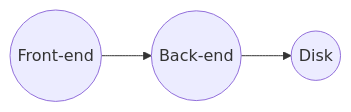
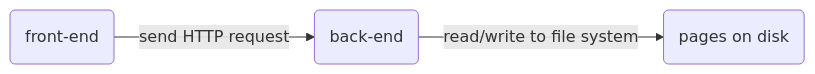
The diagram in README.md (950288/WikiBreeze), drawn with Mermaid before and after one commit. The commit also changed other lines of this file, not shown here.

````diff
--- a/README.md
+++ b/README.md
@@ -34,8 +43,5 @@
 ```mermaid
 graph LR
-front-end((Front-end))
-back-end((Back-end))
-disk((Disk))
-front-end --> back-end
-back-end --> disk
-``` 
+    frontend(front-end) --send HTTP request--> backend(back-end)
+    backend --read/write to file system--> pages(pages on disk)
+```
````
